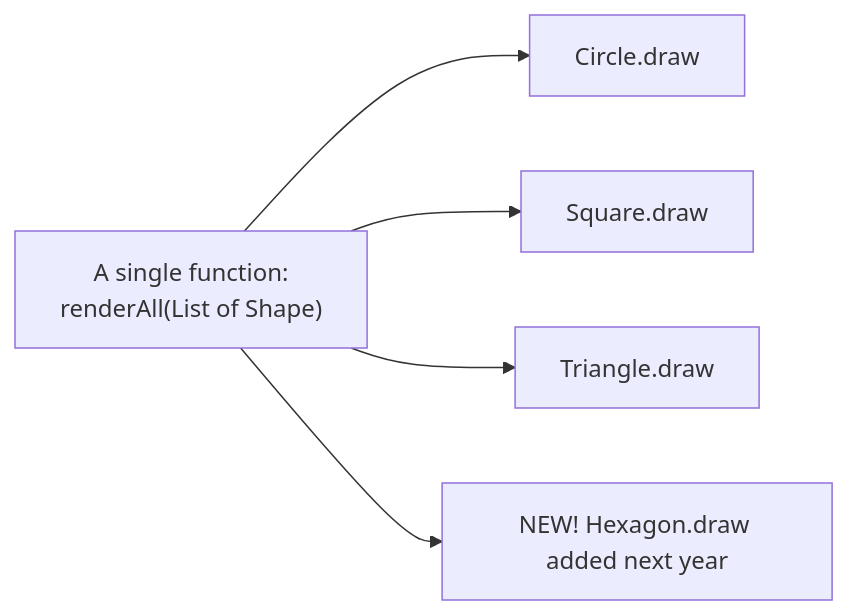
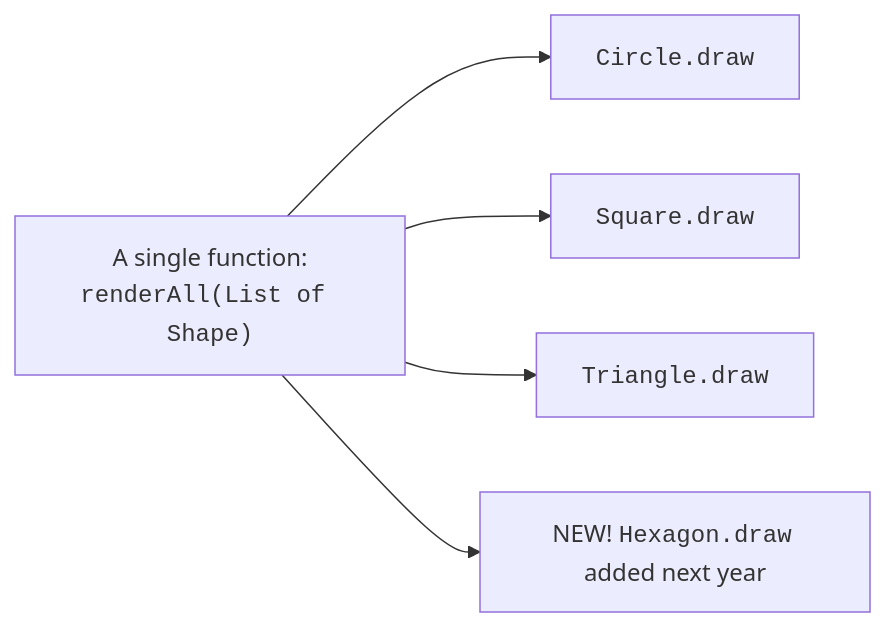
The third of 5 diagrams in content/learn/oop-blueprint-java/polymorphism.mdx (dataslope/dataslope), drawn with Mermaid before and after one commit. The commit also changed 218 other files, not shown here.

First line of the commit message:
Render code-only mermaid shapes in monospace; convert step sequences to Steps (#467)

````diff
--- a/content/learn/oop-blueprint-java/polymorphism.mdx
+++ b/content/learn/oop-blueprint-java/polymorphism.mdx
@@ -91,7 +91,7 @@
 ```mermaid
 flowchart LR
-    F["A single function:<br/>renderAll(List of Shape)"] --> S1[Circle.draw]
-    F --> S2[Square.draw]
-    F --> S3[Triangle.draw]
-    F --> S4[NEW! Hexagon.draw added next year]
+    F["A single function:<br/><code>renderAll(List of Shape)</code>"] --> S1["<code>Circle.draw</code>"]
+    F --> S2["<code>Square.draw</code>"]
+    F --> S3["<code>Triangle.draw</code>"]
+    F --> S4["NEW! <code>Hexagon.draw</code> added next year"]
 ```
````
